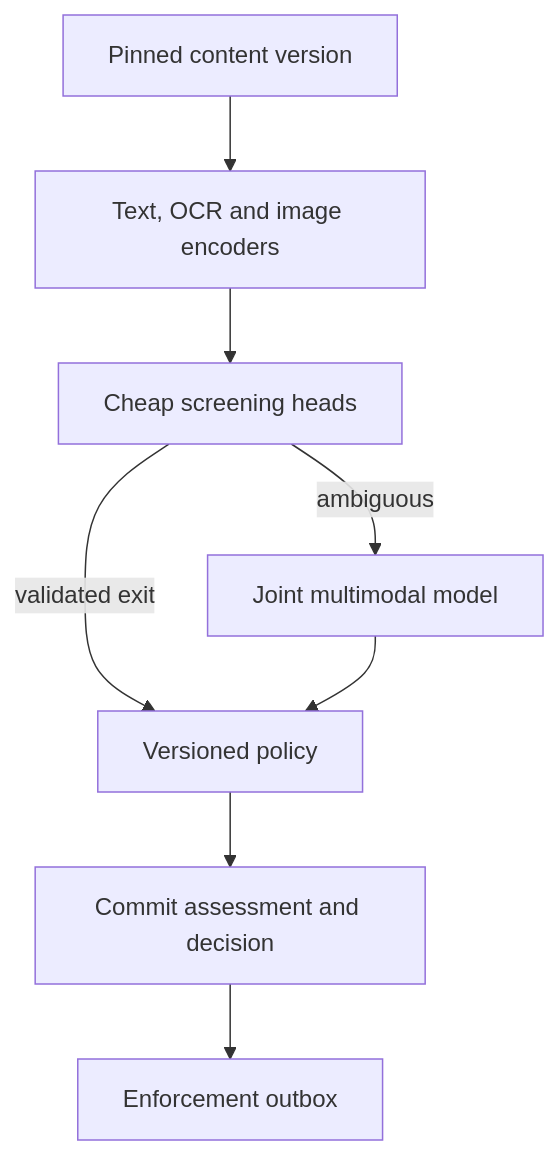
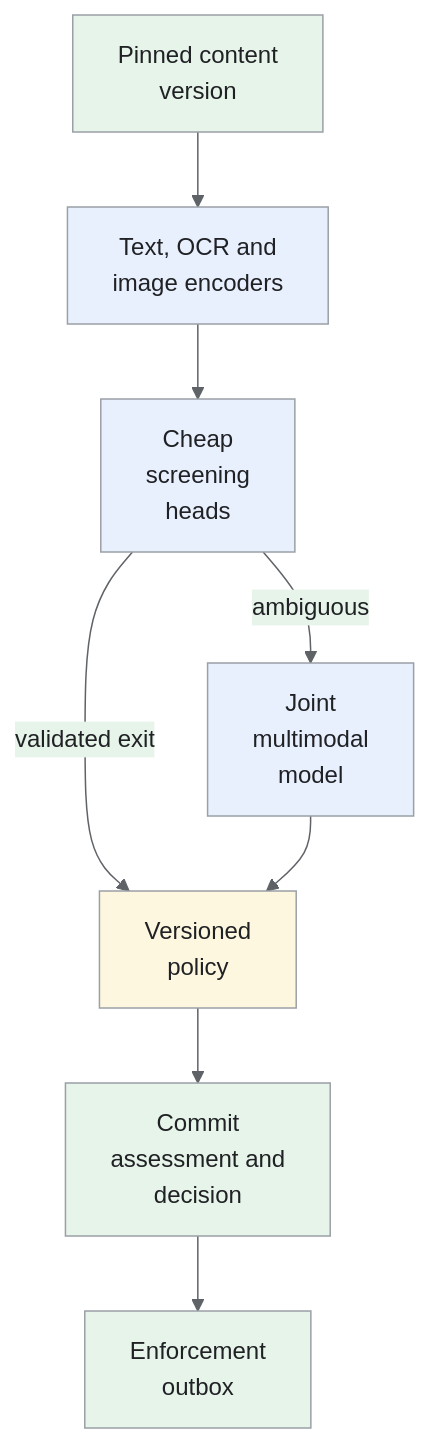
One commit to iliazlobin/iliazlobin.github.io changed the fourth of 4 diagrams in _designs/harmful-content-detection.md. Above: the diagram before and after it, drawn with Mermaid. The commit also changed other lines of this file and 131 other files, not shown here.

````diff
--- a/_designs/harmful-content-detection.md
+++ b/_designs/harmful-content-detection.md
@@ -196,10 +274,18 @@
 ```mermaid
+%%{init: {'theme':'base','themeVariables':{'primaryColor':'#e8f0fe','primaryTextColor':'#202124','primaryBorderColor':'#9aa0a6','lineColor':'#5f6368','secondaryColor':'#e6f4ea','tertiaryColor':'#fef7e0','actorBkg':'#e8f0fe','actorBorder':'#9aa0a6','actorTextColor':'#202124','noteBkgColor':'#fef7e0','noteTextColor':'#202124','noteBorderColor':'#9aa0a6','signalColor':'#5f6368','signalTextColor':'#202124','labelBoxBkgColor':'#fef7e0','labelBoxBorderColor':'#9aa0a6'}}}%%
 flowchart TB
-    C["Pinned content version"] --> S["Text, OCR and image encoders"]
-    S --> F["Cheap screening heads"]
-    F -->|ambiguous| H["Joint multimodal model"]
-    F -->|validated exit| P["Versioned policy"]
+    C["Pinned content<br>version"] --> S["Text, OCR and<br>image encoders"]
+    S --> F["Cheap<br>screening<br>heads"]
+    F -->|ambiguous| H["Joint<br>multimodal<br>model"]
+    F -->|validated exit| P["Versioned<br>policy"]
     H --> P
-    P --> D["Commit assessment and decision"]
-    D --> E["Enforcement outbox"]
+    P --> D["Commit<br>assessment and<br>decision"]
+    D --> E["Enforcement<br>outbox"]
+classDef request fill:#e8f0fe,stroke:#9aa0a6,color:#202124;
+classDef data fill:#e6f4ea,stroke:#9aa0a6,color:#202124;
+classDef control fill:#fef7e0,stroke:#9aa0a6,color:#202124;
+class S,F,H request;
+class C,D,E data;
+class P control;
+
 ```
````
